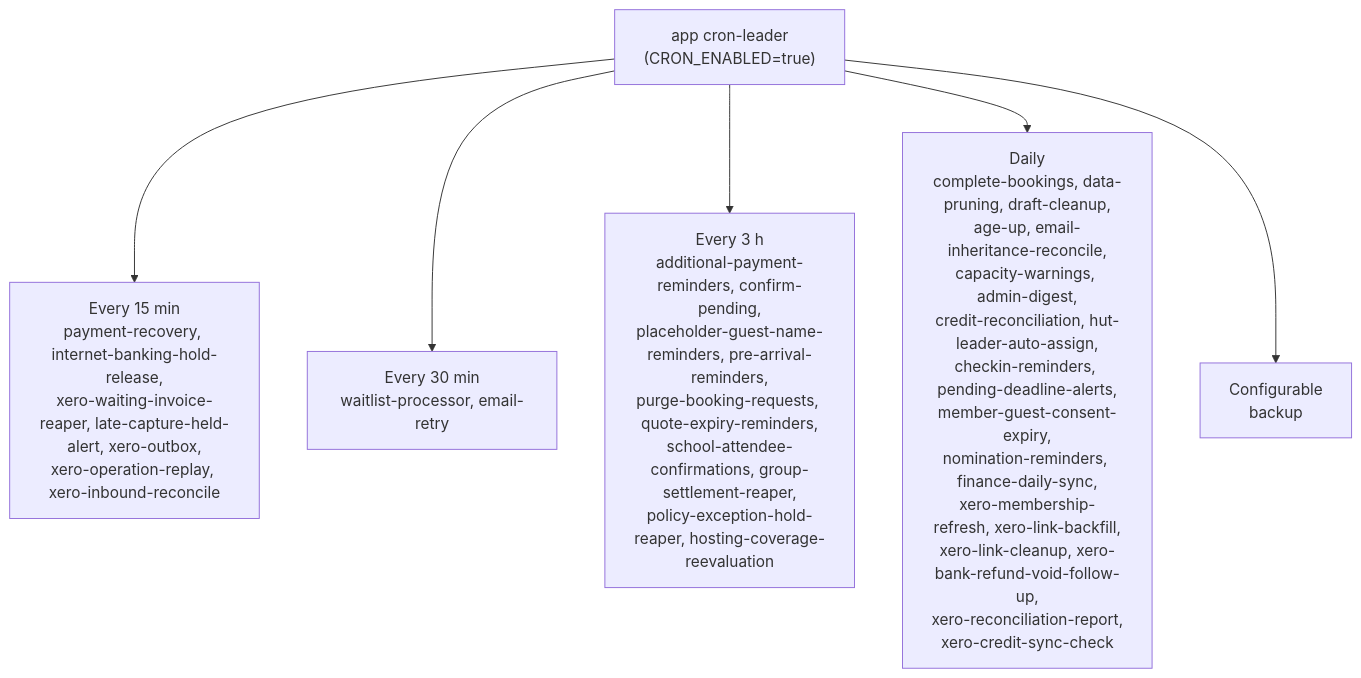
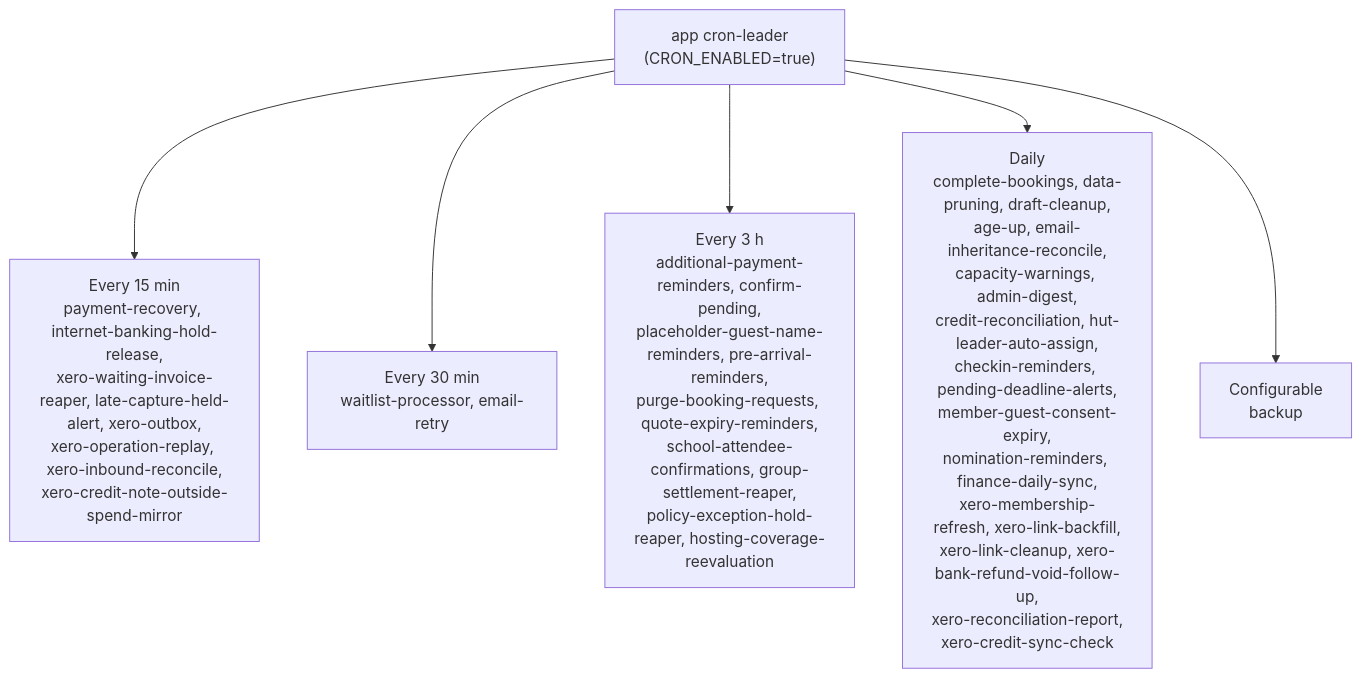
Before and after one commit to hitchcocknz/AlpineClubBookingsNZ: the fifth of 5 diagrams in docs/ARCHITECTURE.md, drawn with Mermaid. The commit also changed other lines of this file and 24 other files, not shown here.

````diff
--- a/docs/ARCHITECTURE.md
+++ b/docs/ARCHITECTURE.md
@@ -3290,9 +3290,9 @@
 ```mermaid
 flowchart TD
     Leader["app cron-leader<br/>(CRON_ENABLED=true)"]
-    Leader --> Q15["Every 15 min<br/>payment-recovery, internet-banking-hold-release,<br/>xero-waiting-invoice-reaper, late-capture-held-alert, xero-outbox,<br/>xero-operation-replay, xero-inbound-reconcile"]
+    Leader --> Q15["Every 15 min<br/>payment-recovery, internet-banking-hold-release,<br/>xero-waiting-invoice-reaper, late-capture-held-alert, xero-outbox,<br/>xero-operation-replay, xero-inbound-reconcile,<br/>xero-credit-note-outside-spend-mirror"]
     Leader --> Q30["Every 30 min<br/>waitlist-processor, email-retry"]
     Leader --> Q3h["Every 3 h<br/>additional-payment-reminders, confirm-pending,<br/>placeholder-guest-name-reminders, pre-arrival-reminders,<br/>purge-booking-requests, quote-expiry-reminders,<br/>school-attendee-confirmations, group-settlement-reaper,<br/>policy-exception-hold-reaper, hosting-coverage-reevaluation"]
     Leader --> Daily["Daily<br/>complete-bookings, data-pruning, draft-cleanup,<br/>age-up, email-inheritance-reconcile,<br/>capacity-warnings, admin-digest,<br/>credit-reconciliation, hut-leader-auto-assign,<br/>checkin-reminders, pending-deadline-alerts,<br/>member-guest-consent-expiry,<br/>nomination-reminders, finance-daily-sync,<br/>xero-membership-refresh, xero-link-backfill,<br/>xero-link-cleanup, xero-bank-refund-void-follow-up,<br/>xero-reconciliation-report,<br/>xero-credit-sync-check"]
     Leader --> Cfg["Configurable<br/>backup"]
 ```
````
